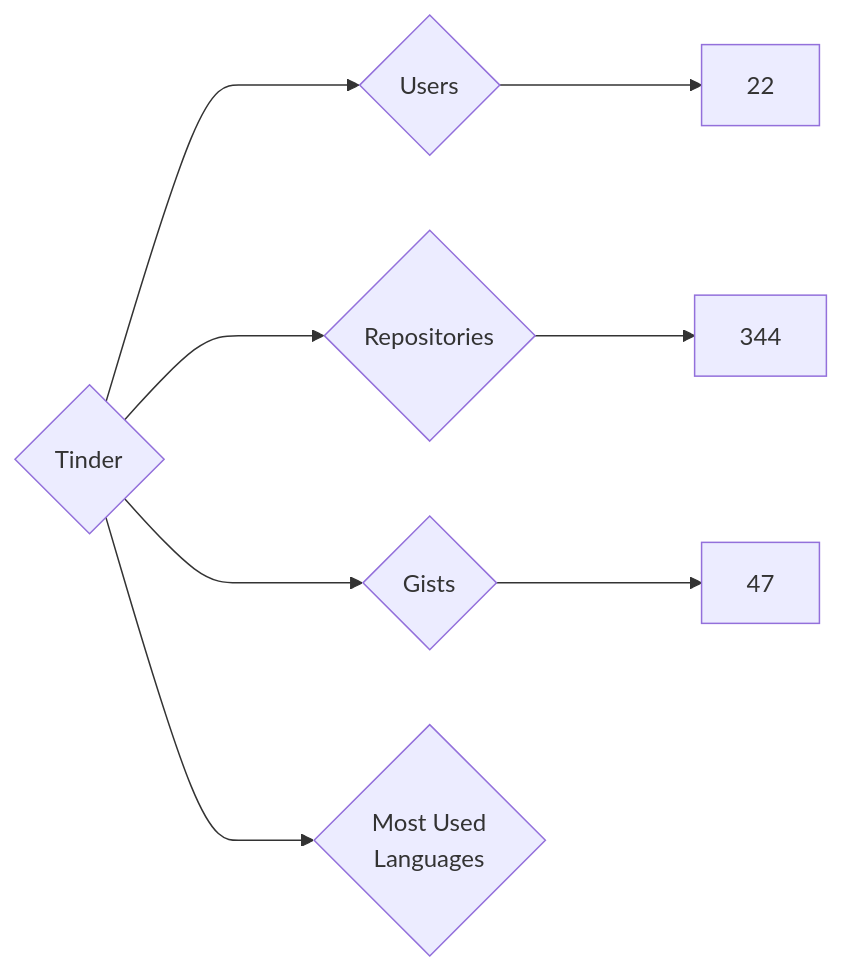
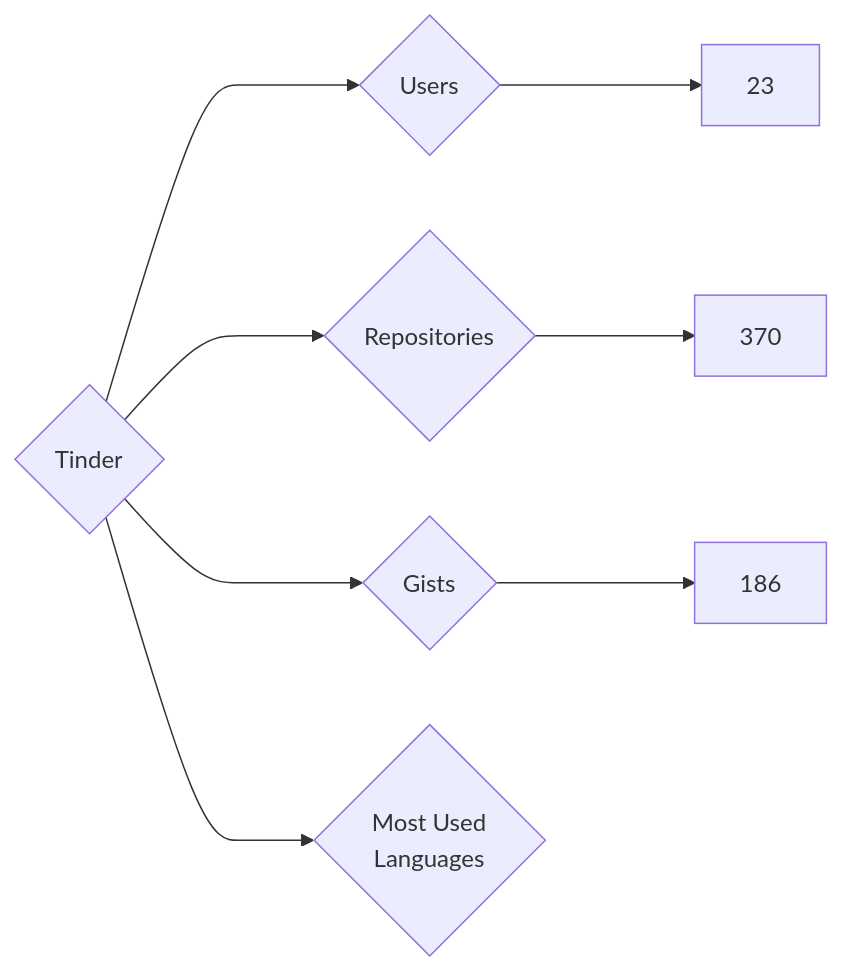
The diagram in targets/Tinder/README.md (nenadzaric/insiders), drawn with Mermaid before and after one commit. The commit also changed 1342 other files, not shown here.

````diff
--- a/targets/Tinder/README.md
+++ b/targets/Tinder/README.md
@@ -3,8 +3,8 @@
 ```mermaid
 graph LR
 COMPANY_NAME{Tinder}
-COMPANY_NAME ---> U{Users} ---> UN[22]
-COMPANY_NAME ---> R{Repositories} ---> RN[344]
-COMPANY_NAME ---> G{Gists} ---> GN[47]
+COMPANY_NAME ---> U{Users} ---> UN[23]
+COMPANY_NAME ---> R{Repositories} ---> RN[370]
+COMPANY_NAME ---> G{Gists} ---> GN[186]
 COMPANY_NAME ---> ML{Most Used<br>Languages}
 ```
````
